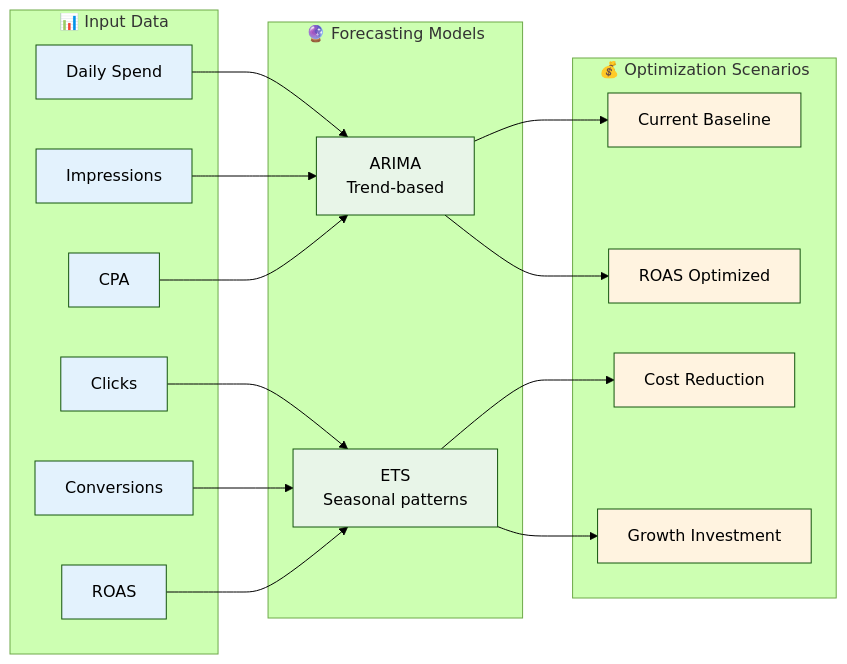
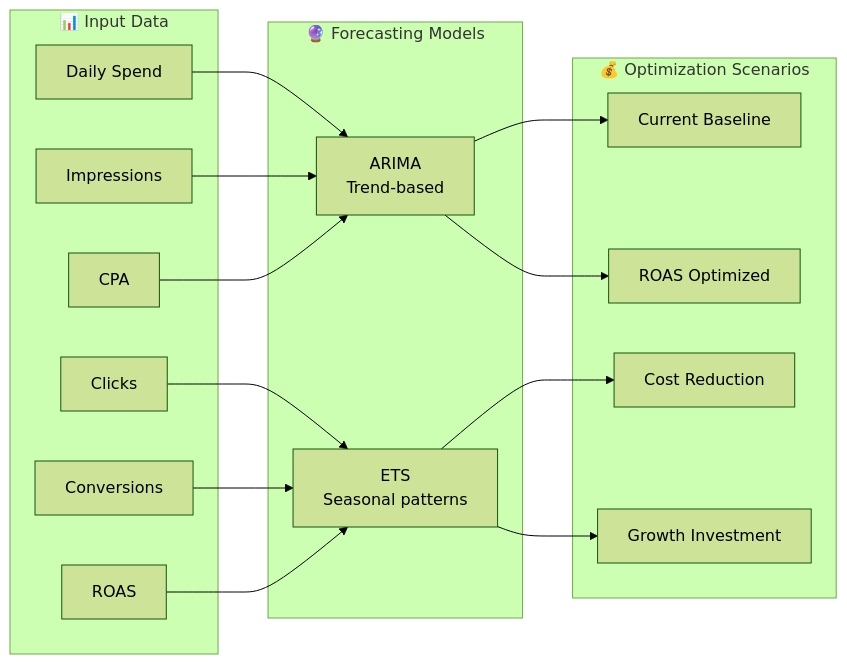
The third of 3 diagrams in README.md (asadadnan11/kpi-forecasting-for-media-campaigns), drawn with Mermaid (forest theme) before and after one commit. The commit also changed other lines of this file, not shown here.

Commit message:
Fix white overlay issue on Mermaid diagrams by removing custom fill colors

````diff
--- a/README.md
+++ b/README.md
@@ -111,48 +96,35 @@
 ```mermaid
 graph LR
     subgraph "📊 Input Data"
         A1["Daily Spend"]
         A2["Impressions"]
         A3["Clicks"]
         A4["Conversions"]
         A5["CPA"]
         A6["ROAS"]
     end
     
     subgraph "🔮 Forecasting Models"
         B1["ARIMA<br/>Trend-based"]
         B2["ETS<br/>Seasonal patterns"]
     end
     
     subgraph "💰 Optimization Scenarios"
         C1["Current Baseline"]
         C2["ROAS Optimized"]
         C3["Cost Reduction"]
         C4["Growth Investment"]
     end
     
     A1 --> B1
     A2 --> B1
     A3 --> B2
     A4 --> B2
     A5 --> B1
     A6 --> B2
     
     B1 --> C1
     B1 --> C2
     B2 --> C3
     B2 --> C4
-    
-    style A1 fill:#e3f2fd
-    style A2 fill:#e3f2fd
-    style A3 fill:#e3f2fd
-    style A4 fill:#e3f2fd
-    style A5 fill:#e3f2fd
-    style A6 fill:#e3f2fd
-    style B1 fill:#e8f5e8
-    style B2 fill:#e8f5e8
-    style C1 fill:#fff3e0
-    style C2 fill:#fff3e0
-    style C3 fill:#fff3e0
-    style C4 fill:#fff3e0
 ```
````
